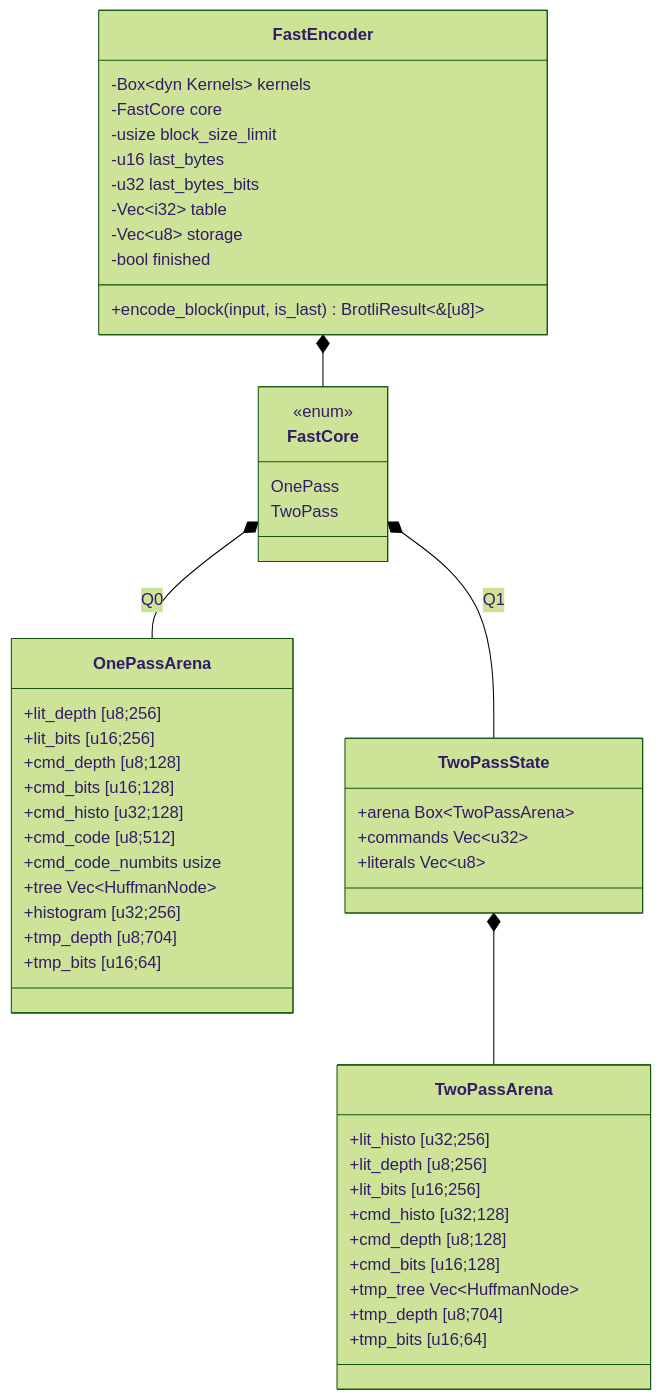
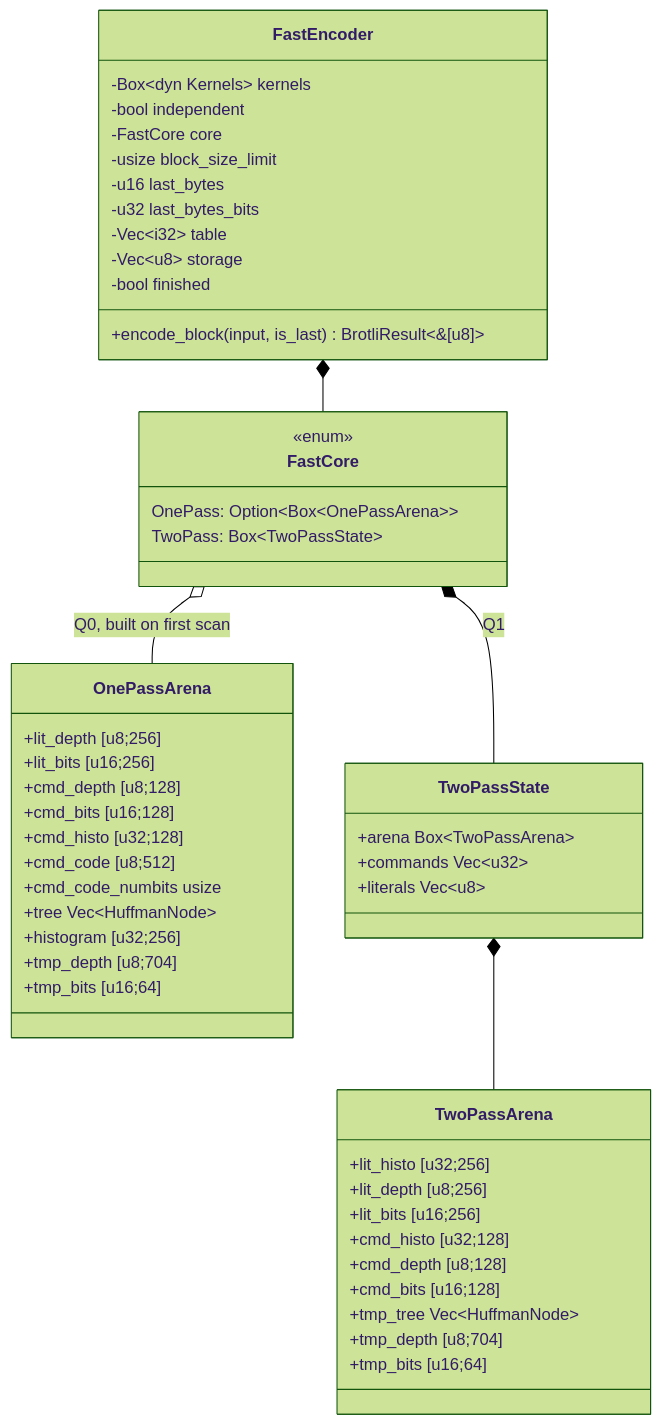
The second of 10 diagrams in architecture/fast-encoder.md (Mnwa/mbrotli), drawn with Mermaid (forest theme) before and after one commit. The commit also changed other lines of this file and 22 other files, not shown here.

````diff
--- a/architecture/fast-encoder.md
+++ b/architecture/fast-encoder.md
@@ -73,53 +81,54 @@
 ```mermaid
 classDiagram
     class FastEncoder {
         -Box~dyn Kernels~ kernels
+        -bool independent
         -FastCore core
         -usize block_size_limit
         -u16 last_bytes
         -u32 last_bytes_bits
         -Vec~i32~ table
         -Vec~u8~ storage
         -bool finished
         +encode_block(input, is_last) BrotliResult~&[u8]~
     }
     class FastCore {
         <<enum>>
-        OnePass
-        TwoPass
+        OnePass: Option~Box~OnePassArena~~
+        TwoPass: Box~TwoPassState~
     }
     class OnePassArena {
         +lit_depth [u8;256]
         +lit_bits [u16;256]
         +cmd_depth [u8;128]
         +cmd_bits [u16;128]
         +cmd_histo [u32;128]
         +cmd_code [u8;512]
         +cmd_code_numbits usize
         +tree Vec~HuffmanNode~
         +histogram [u32;256]
         +tmp_depth [u8;704]
         +tmp_bits [u16;64]
     }
     class TwoPassState {
         +arena Box~TwoPassArena~
         +commands Vec~u32~
         +literals Vec~u8~
     }
     class TwoPassArena {
         +lit_histo [u32;256]
         +lit_depth [u8;256]
         +lit_bits [u16;256]
         +cmd_histo [u32;128]
         +cmd_depth [u8;128]
         +cmd_bits [u16;128]
         +tmp_tree Vec~HuffmanNode~
         +tmp_depth [u8;704]
         +tmp_bits [u16;64]
     }
 
     FastEncoder *-- FastCore
-    FastCore *-- OnePassArena : Q0
+    FastCore o-- OnePassArena : Q0, built on first scan
     FastCore *-- TwoPassState : Q1
     TwoPassState *-- TwoPassArena
 ```
````
